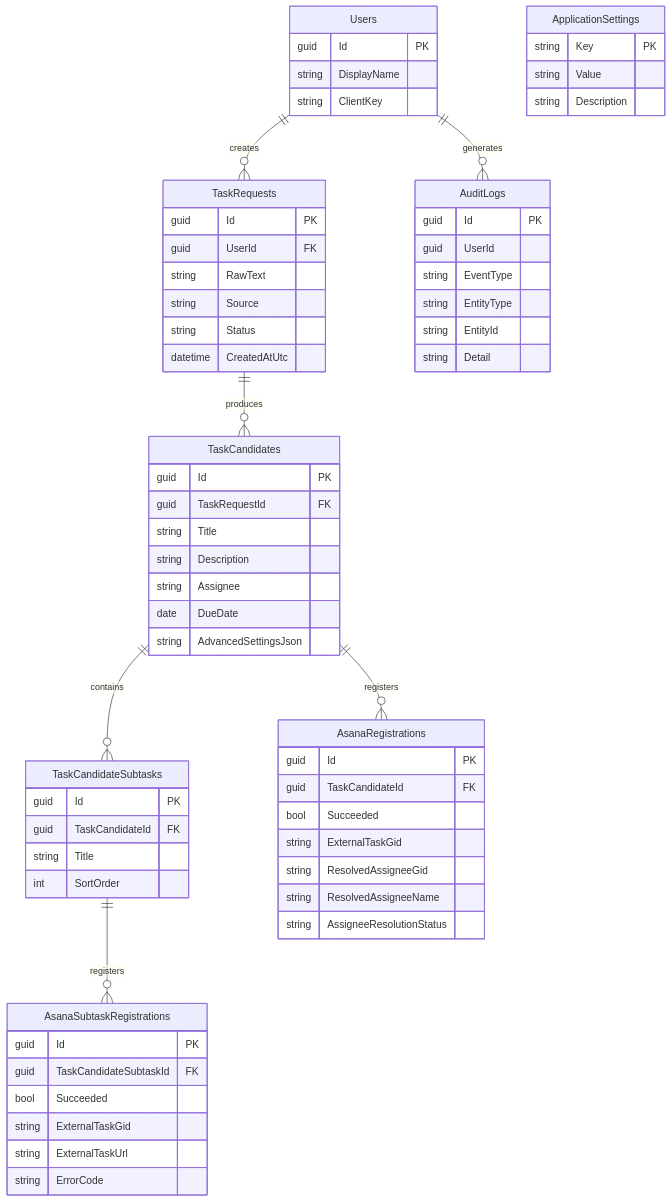
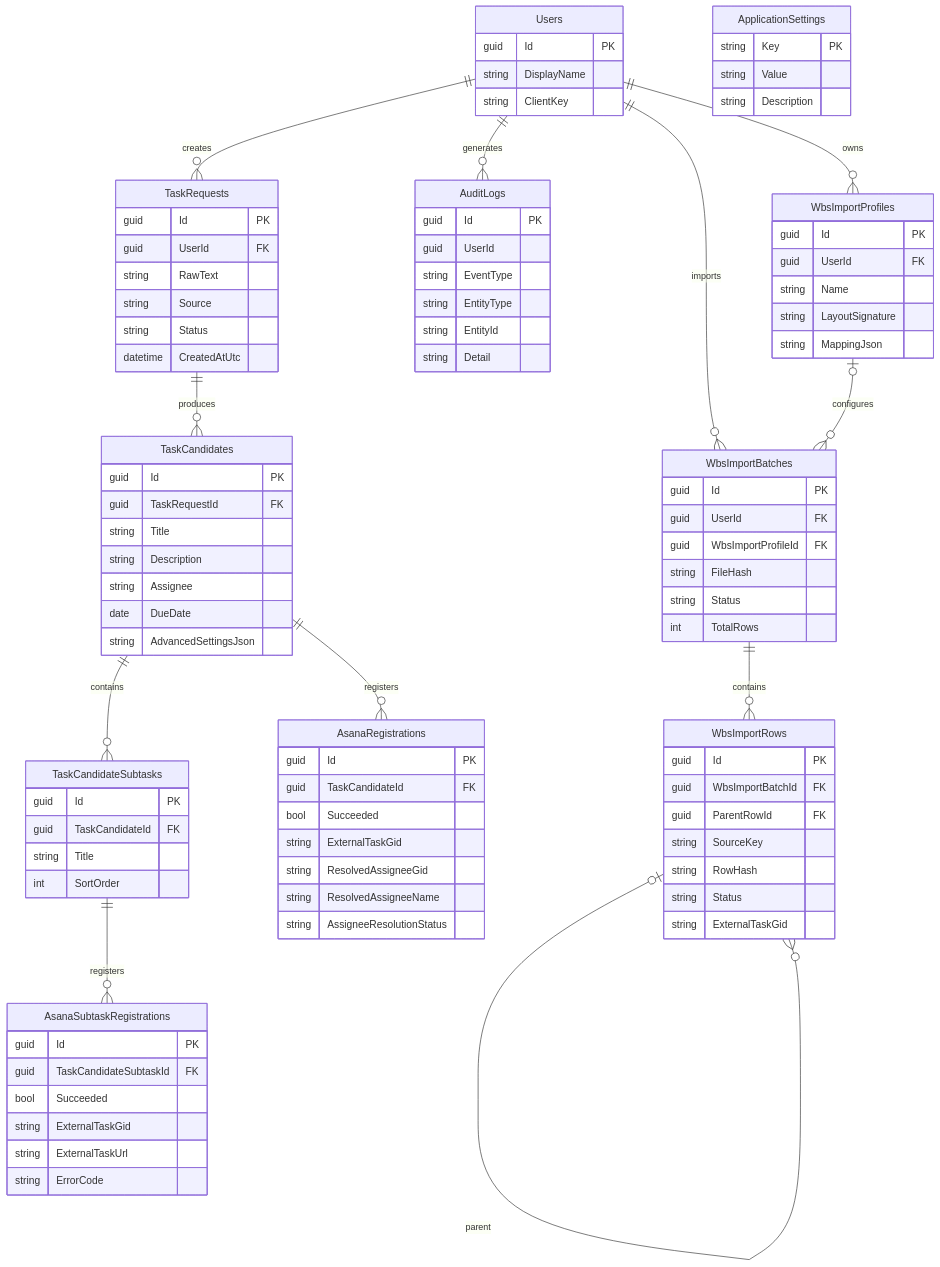
Before and after one commit to onishichimaki/Asana_App: the second of 3 diagrams in ARCHITECTURE.md, drawn with Mermaid. The commit also changed other lines of this file and 32 other files, not shown here.

Commit message:
feat: add flexible WBS import (#6)

````diff
--- a/ARCHITECTURE.md
+++ b/ARCHITECTURE.md
@@ -50,18 +60,26 @@
 ```mermaid
 erDiagram
     Users ||--o{ TaskRequests : creates
     TaskRequests ||--o{ TaskCandidates : produces
     TaskCandidates ||--o{ TaskCandidateSubtasks : contains
     TaskCandidates ||--o{ AsanaRegistrations : registers
     TaskCandidateSubtasks ||--o{ AsanaSubtaskRegistrations : registers
     Users ||--o{ AuditLogs : generates
+    Users ||--o{ WbsImportProfiles : owns
+    Users ||--o{ WbsImportBatches : imports
+    WbsImportProfiles o|--o{ WbsImportBatches : configures
+    WbsImportBatches ||--o{ WbsImportRows : contains
+    WbsImportRows o|--o{ WbsImportRows : parent
 
     Users { guid Id PK string DisplayName string ClientKey }
     TaskRequests { guid Id PK guid UserId FK string RawText string Source string Status datetime CreatedAtUtc }
     TaskCandidates { guid Id PK guid TaskRequestId FK string Title string Description string Assignee date DueDate string AdvancedSettingsJson }
     TaskCandidateSubtasks { guid Id PK guid TaskCandidateId FK string Title int SortOrder }
     AsanaRegistrations { guid Id PK guid TaskCandidateId FK bool Succeeded string ExternalTaskGid string ResolvedAssigneeGid string ResolvedAssigneeName string AssigneeResolutionStatus }
     AsanaSubtaskRegistrations { guid Id PK guid TaskCandidateSubtaskId FK bool Succeeded string ExternalTaskGid string ExternalTaskUrl string ErrorCode }
     ApplicationSettings { string Key PK string Value string Description }
     AuditLogs { guid Id PK guid UserId string EventType string EntityType string EntityId string Detail }
+    WbsImportProfiles { guid Id PK guid UserId FK string Name string LayoutSignature string MappingJson }
+    WbsImportBatches { guid Id PK guid UserId FK guid WbsImportProfileId FK string FileHash string Status int TotalRows }
+    WbsImportRows { guid Id PK guid WbsImportBatchId FK guid ParentRowId FK string SourceKey string RowHash string Status string ExternalTaskGid }
 ```
````
